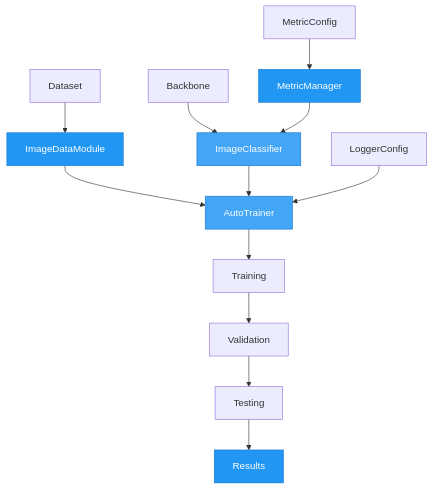
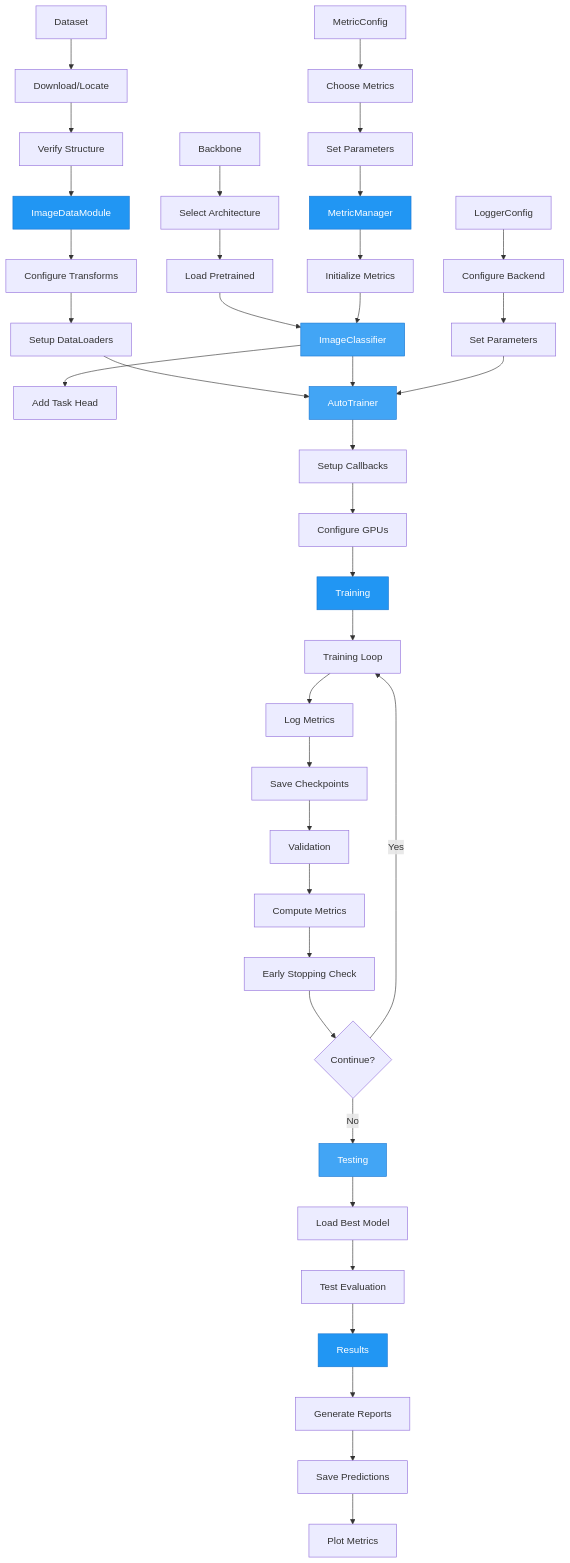
One commit to theja-vanka/AutoTimm changed the diagram in docs/examples/tasks/classification.md. Above: the diagram before and after it, drawn with Mermaid. The commit also changed 48 other files, not shown here.

````diff
--- a/docs/examples/tasks/classification.md
+++ b/docs/examples/tasks/classification.md
@@ -7,23 +7,55 @@
 ```mermaid
 graph TD
-    A[Dataset] --> B[ImageDataModule]
+    A[Dataset] --> A1[Download/Locate]
+    A1 --> A2[Verify Structure]
+    A2 --> B[ImageDataModule]
+    B --> B1[Configure Transforms]
+    B1 --> B2[Setup DataLoaders]
     
-    C[Backbone] --> D[ImageClassifier]
-    E[MetricConfig] --> F[MetricManager]
-    F --> D
+    C[Backbone] --> C1[Select Architecture]
+    C1 --> C2[Load Pretrained]
+    C2 --> D[ImageClassifier]
+    D --> D1[Add Task Head]
     
-    B --> G[AutoTrainer]
+    E[MetricConfig] --> E1[Choose Metrics]
+    E1 --> E2[Set Parameters]
+    E2 --> F[MetricManager]
+    F --> F1[Initialize Metrics]
+    F1 --> D
+    
+    B2 --> G[AutoTrainer]
     D --> G
-    H[LoggerConfig] --> G
+    H[LoggerConfig] --> H1[Configure Backend]
+    H1 --> H2[Set Parameters]
+    H2 --> G
     
-    G --> I[Training]
-    I --> J[Validation]
-    J --> K[Testing]
-    K --> L[Results]
+    G --> G1[Setup Callbacks]
+    G1 --> G2[Configure GPUs]
+    G2 --> I[Training]
+    
+    I --> I1[Training Loop]
+    I1 --> I2[Log Metrics]
+    I2 --> I3[Save Checkpoints]
+    I3 --> J[Validation]
+    
+    J --> J1[Compute Metrics]
+    J1 --> J2[Early Stopping Check]
+    J2 --> J3{Continue?}
+    J3 -->|Yes| I1
+    J3 -->|No| K[Testing]
+    
+    K --> K1[Load Best Model]
+    K1 --> K2[Test Evaluation]
+    K2 --> L[Results]
+    L --> L1[Generate Reports]
+    L1 --> L2[Save Predictions]
+    L2 --> L3[Plot Metrics]
     
     style B fill:#2196F3,stroke:#1976D2,color:#fff
     style D fill:#42A5F5,stroke:#1976D2,color:#fff
     style F fill:#2196F3,stroke:#1976D2,color:#fff
     style G fill:#42A5F5,stroke:#1976D2,color:#fff
+    style I fill:#2196F3,stroke:#1976D2,color:#fff
+    style K fill:#42A5F5,stroke:#1976D2,color:#fff
     style L fill:#2196F3,stroke:#1976D2,color:#fff
 ```
````
